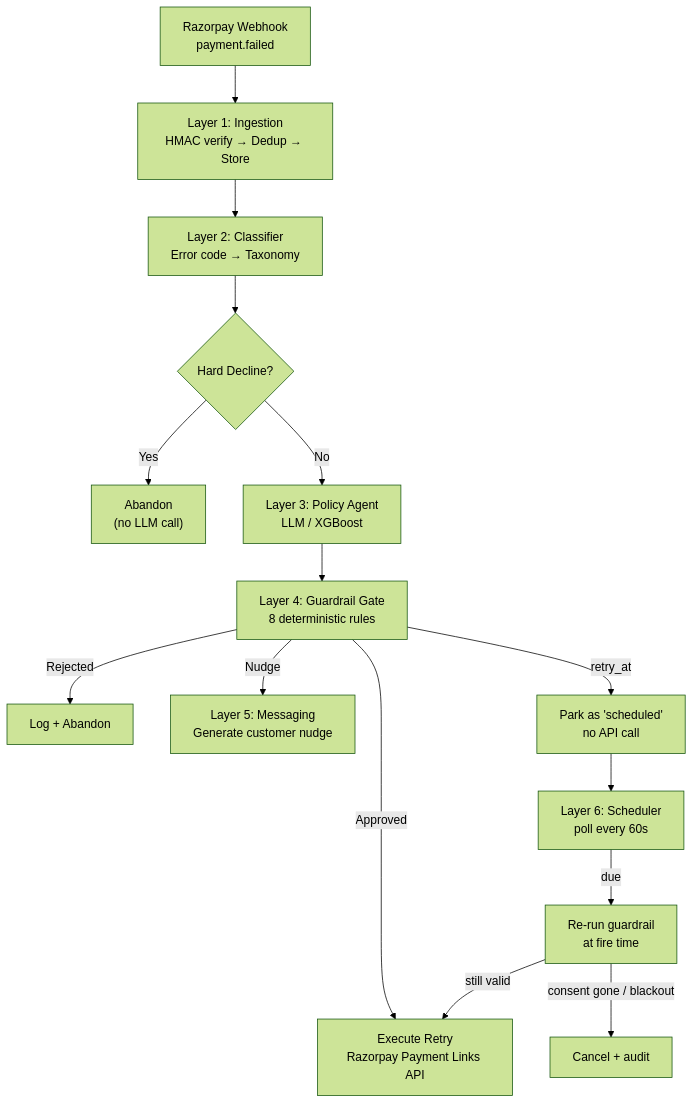
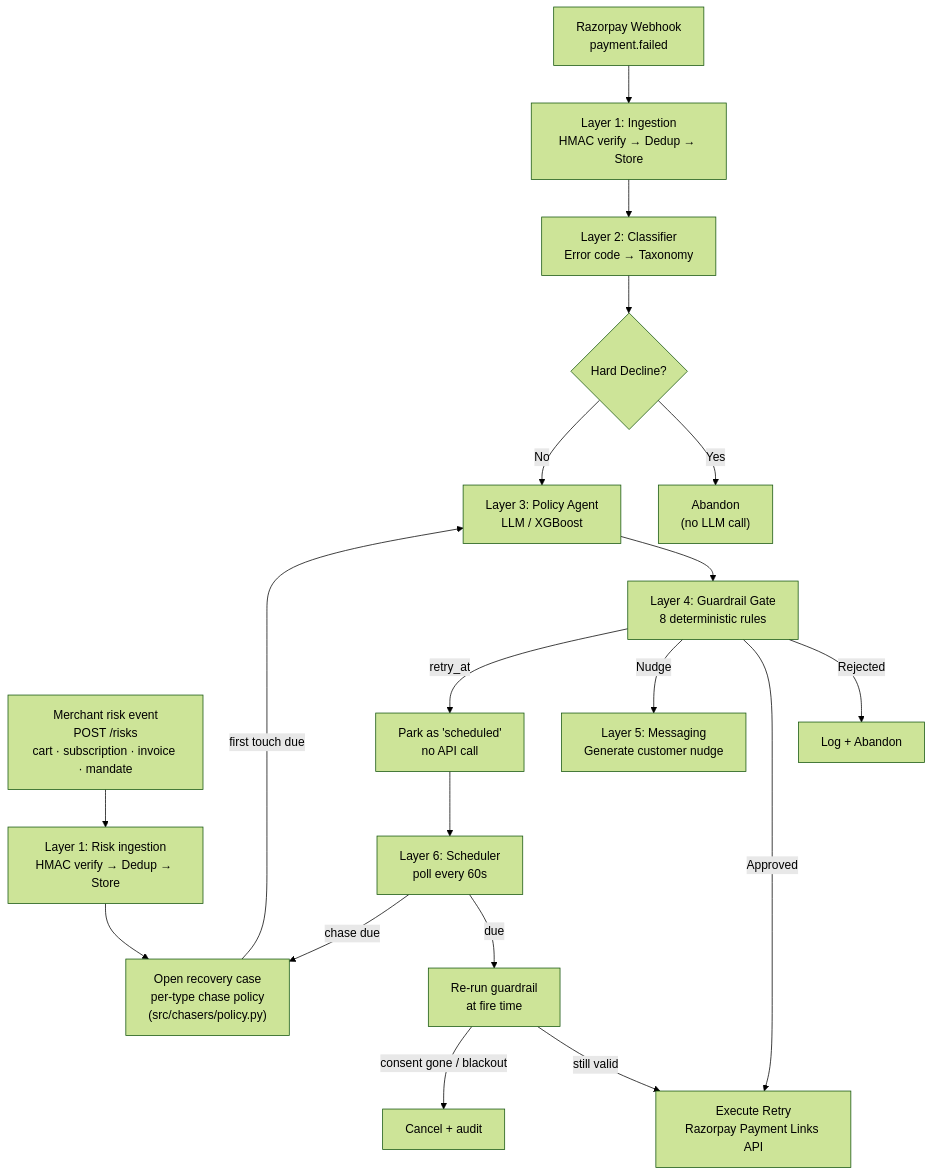
Before and after one commit to jitheender-ops/payment-recovery-engine: the diagram in README.md, drawn with Mermaid (forest theme). The commit also changed other lines of this file and 53 other files, not shown here.

First line of the commit message:
Add the four non-payment chasers, merchant /risks ingestion, and pay-path hardening

````diff
--- a/README.md
+++ b/README.md
@@ -120,17 +122,21 @@
 ```mermaid
 flowchart TD
     A["Razorpay Webhook<br>payment.failed"] --> B["Layer 1: Ingestion<br>HMAC verify → Dedup → Store"]
+    A2["Merchant risk event<br>POST /risks<br>cart · subscription · invoice · mandate"] --> B2["Layer 1: Risk ingestion<br>HMAC verify → Dedup → Store"]
     B --> C["Layer 2: Classifier<br>Error code → Taxonomy"]
+    B2 --> C2["Open recovery case<br>per-type chase policy<br>(src/chasers/policy.py)"]
     C --> D{"Hard Decline?"}
     D -->|Yes| E["Abandon<br>(no LLM call)"]
     D -->|No| F["Layer 3: Policy Agent<br>LLM / XGBoost"]
+    C2 -->|first touch due| F
     F --> G["Layer 4: Guardrail Gate<br>8 deterministic rules"]
     G -->|Rejected| H["Log + Abandon"]
     G -->|Approved| I["Execute Retry<br>Razorpay Payment Links API"]
     G -->|Nudge| J["Layer 5: Messaging<br>Generate customer nudge"]
     G -->|retry_at| K["Park as 'scheduled'<br>no API call"]
     K --> L["Layer 6: Scheduler<br>poll every 60s"]
     L -->|due| M["Re-run guardrail<br>at fire time"]
+    L -->|chase due| C2
     M -->|still valid| I
     M -->|consent gone / blackout| N["Cancel + audit"]
 ```
````
